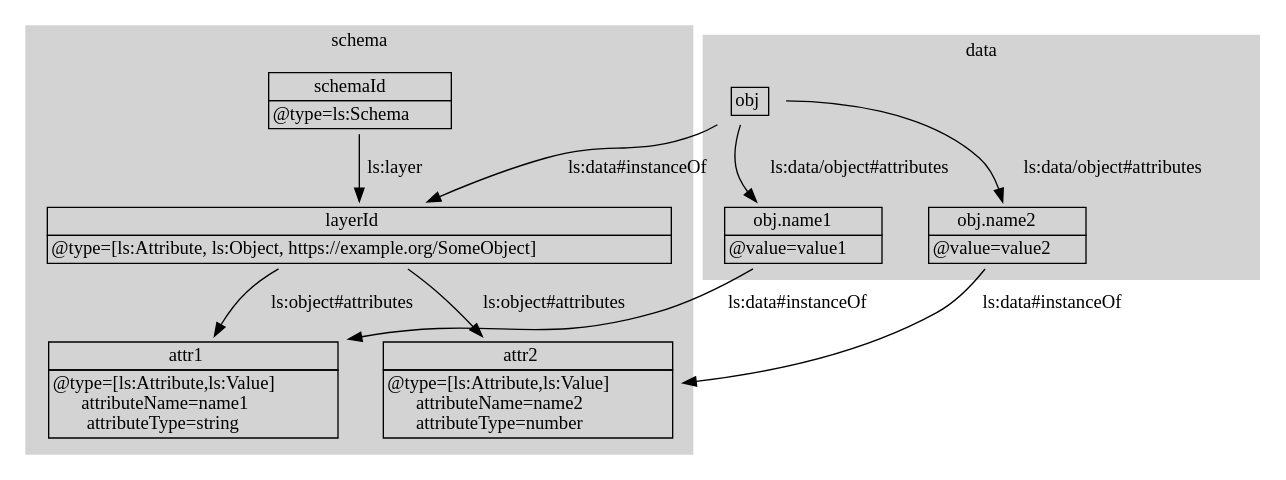
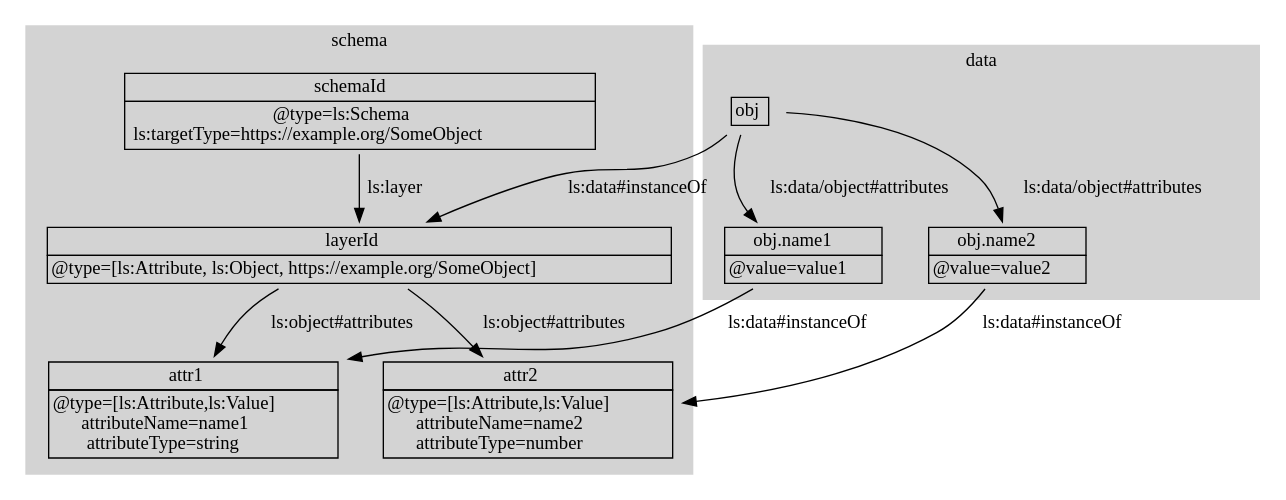
Before and after one commit to cloudprivacylabs/lsa-spec: the diagram in imgs/composed-ingested-minimal-schema.dot, drawn with Graphviz. The commit also changed 6 other files, not shown here.

Commit message:
Add target type

```diff
--- a/imgs/composed-ingested-minimal-schema.dot
+++ b/imgs/composed-ingested-minimal-schema.dot
@@ -1,73 +1,74 @@
 digraph g {
   node[color="black",fontcolor="black",shape="plaintext"];
 
   subgraph cluster_0 {
   label="schema";
   style="filled";
   color="lightgrey";
 
   node[color="black",fontcolor="black",shape="plaintext"];
   edge[color="black",fontcolor="black"];
 
   schemaRoot [ label=<
   <table border="0" cellborder="1" cellspacing="0">
   <tr><td>schemaId</td></tr>
-  <tr><td>@type=ls:Schema</td></tr>
+  <tr><td>@type=ls:Schema<br/>
+  ls:targetType=https://example.org/SomeObject</td></tr>
   </table>>];
   
   layerRoot [ label=<
   <table border="0" cellborder="1" cellspacing="0">
   <tr><td>layerId</td></tr>
   <tr><td>@type=[ls:Attribute, ls:Object, https://example.org/SomeObject]</td></tr>
   </table>>];
 
   attribute1 [ label=<
   <table border="0" cellborder="1" cellspacing="0">
   <tr><td>attr1</td></tr>
   <tr><td>@type=[ls:Attribute,ls:Value]<br/>
   attributeName=name1<br/>
   attributeType=string </td></tr>
   </table>>];
   attribute2 [ label=<
   <table border="0" cellborder="1" cellspacing="0">
   <tr><td>attr2</td></tr>
   <tr><td>@type=[ls:Attribute,ls:Value]<br/>
   attributeName=name2<br/>
   attributeType=number</td></tr>
   </table>>];
 
   schemaRoot -> layerRoot [ label="ls:layer"];
   layerRoot -> attribute1 [  label="ls:object#attributes"];
   layerRoot -> attribute2 [  label="ls:object#attributes"];
 
   }
 
   subgraph cluster_1{
   label="data";
   style="filled";
   color="lightgrey";
 
    obj [label=<
    <table border="0" cellborder="1" cellspacing="0">
    <tr><td>obj</td></tr>
    </table>>];
    
    a1 [label=<
    <table border="0" cellborder="1" cellspacing="0">
    <tr><td>obj.name1</td></tr>
    <tr><td>@value=value1</td></tr>
    </table>>];
    a2[label=<
    <table border="0" cellborder="1" cellspacing="0">
    <tr><td>obj.name2</td></tr>
    <tr><td>@value=value2</td></tr>
    </table>>];
 
    obj -> a1 [label="ls:data/object#attributes"];
    obj -> a2 [label="ls:data/object#attributes"];
 
    obj -> layerRoot [label="ls:data#instanceOf"];
    a1 -> attribute1 [label="ls:data#instanceOf"];
    a2 -> attribute2 [label="ls:data#instanceOf"];
   }
 }
```
